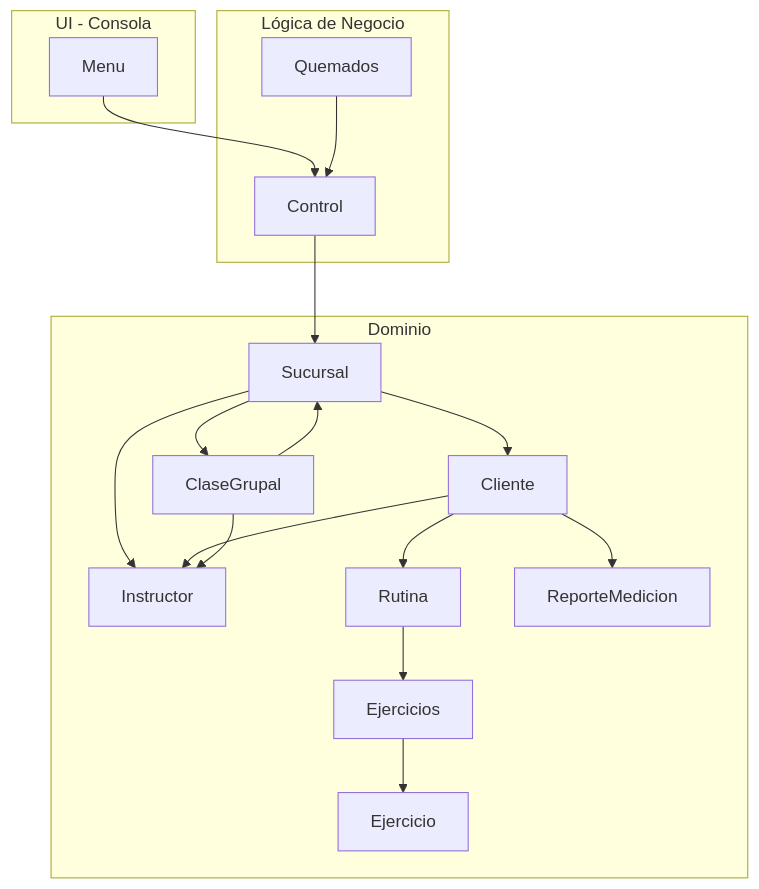
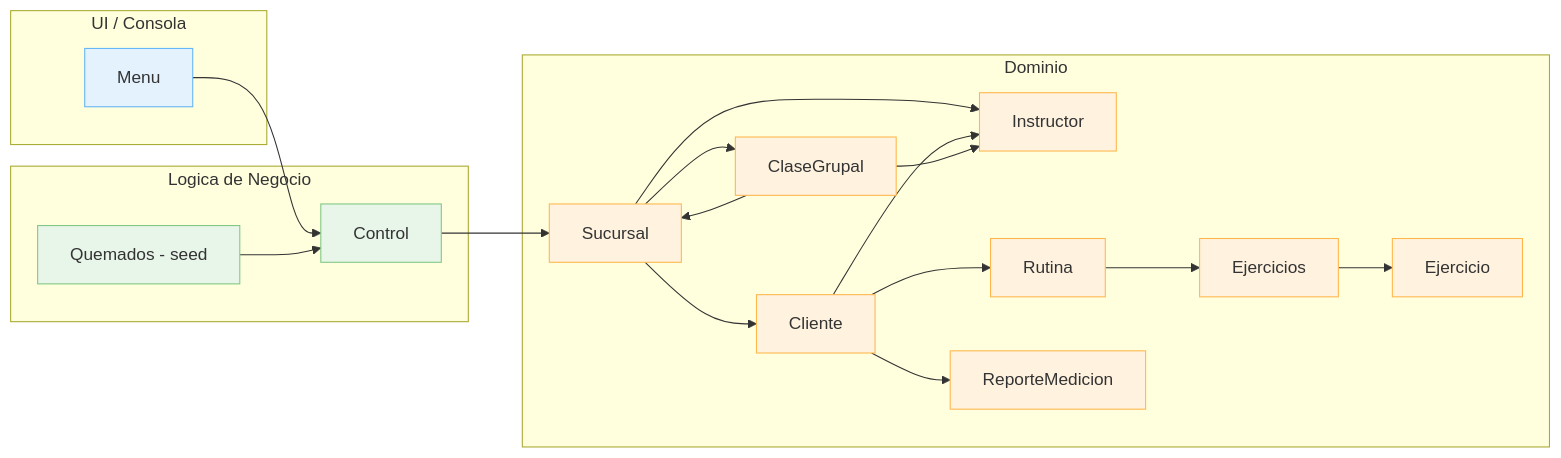
The first of 2 diagrams in UML.md (Mapachiiin/Proyecto-de-Programacion-I), drawn with Mermaid before and after one commit. The commit also changed other lines of this file, not shown here.

Commit message:
UML VEASE BONITO

````diff
--- a/UML.md
+++ b/UML.md
@@ -1,40 +1,51 @@
 ```mermaid
-graph TD
-  subgraph UI_Consola [UI - Consola]
+flowchart LR
+  %% Grupos
+  subgraph UI_Consola [UI / Consola]
     Menu[Menu]
   end
 
-  subgraph Logica [Lógica de Negocio]
+  subgraph Logica [Logica de Negocio]
     Control[Control]
-    Quemados[Quemados]
+    Quemados[Quemados - seed]
   end
 
   subgraph Dominio [Dominio]
     Sucursal[Sucursal]
     Cliente[Cliente]
     Instructor[Instructor]
     ClaseGrupal[ClaseGrupal]
     Rutina[Rutina]
     ReporteMedicion[ReporteMedicion]
     Ejercicios[Ejercicios]
     Ejercicio[Ejercicio]
   end
 
+  %% Flujo principal
   Menu --> Control
   Quemados --> Control
 
   Control --> Sucursal
   Sucursal --> Cliente
   Sucursal --> Instructor
   Sucursal --> ClaseGrupal
 
   Cliente --> Instructor
   Cliente --> Rutina
   Cliente --> ReporteMedicion
 
   ClaseGrupal --> Instructor
   ClaseGrupal --> Sucursal
 
   Rutina --> Ejercicios
   Ejercicios --> Ejercicio
+
+  %% Estilos por grupo
+  classDef ui fill:#E3F2FD,stroke:#64B5F6,stroke-width:1px;
+  classDef logic fill:#E8F5E9,stroke:#81C784,stroke-width:1px;
+  classDef domain fill:#FFF3E0,stroke:#FFB74D,stroke-width:1px;
+
+  class Menu ui;
+  class Control,Quemados logic;
+  class Sucursal,Cliente,Instructor,ClaseGrupal,Rutina,ReporteMedicion,Ejercicios,Ejercicio domain;
 ```
````
